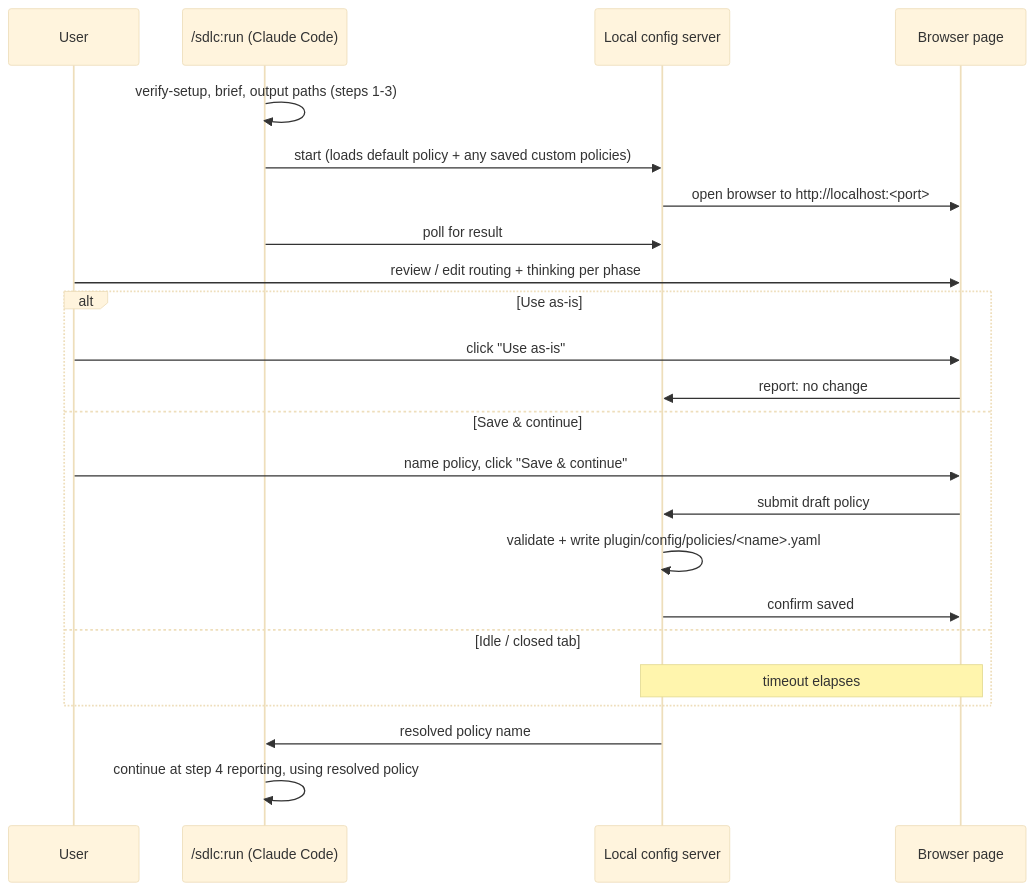
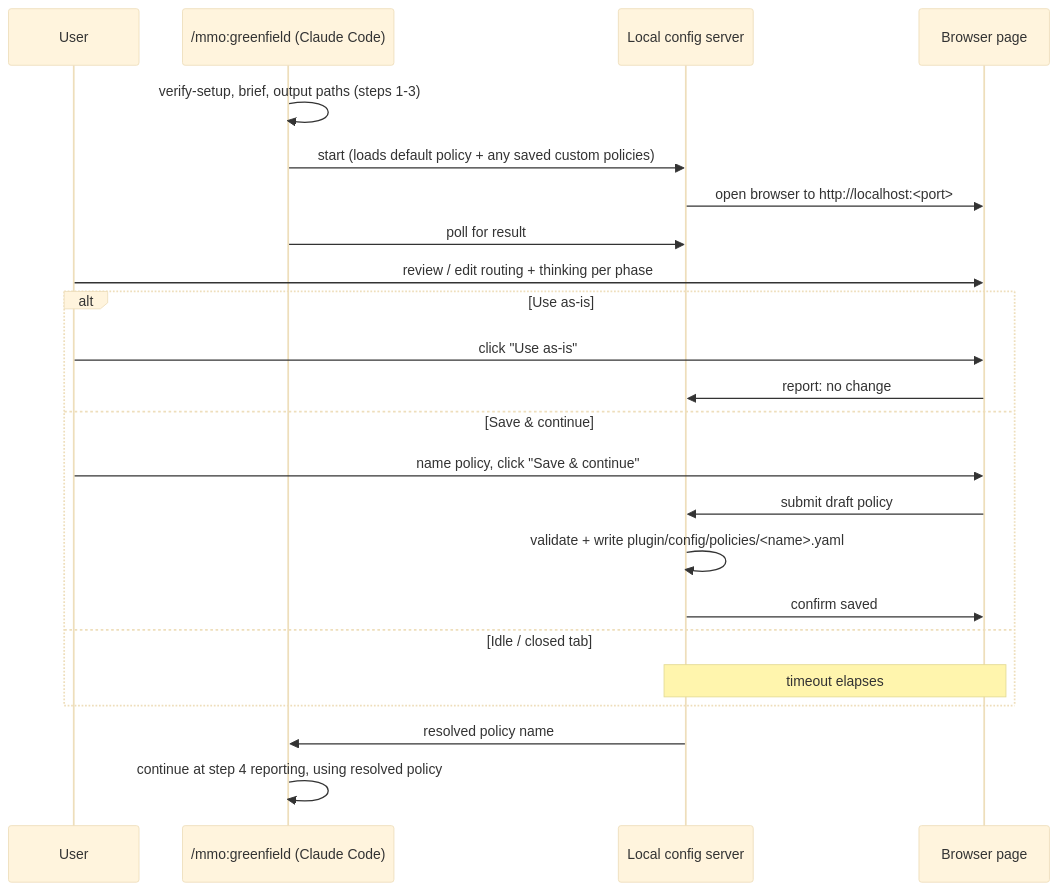
One commit to tl-ai-labs/ai-sdlc-orchestrator-claude-code-harness changed the diagram in docs/specs/custom-policy-and-thinking-config.md. Above: the diagram before and after it, drawn with Mermaid (base theme). The commit also changed other lines of this file and 107 other files, not shown here.

First line of the commit message:
rename!: sdlc → mmo across commands, MCP server, and env vars

````diff
--- a/docs/specs/custom-policy-and-thinking-config.md
+++ b/docs/specs/custom-policy-and-thinking-config.md
@@ -125,26 +125,26 @@
 ```mermaid
 sequenceDiagram
     participant U as User
-    participant CLI as /sdlc:run (Claude Code)
+    participant CLI as /mmo:greenfield (Claude Code)
     participant Srv as Local config server
     participant Pg as Browser page
 
     CLI->>CLI: verify-setup, brief, output paths (steps 1-3)
     CLI->>Srv: start (loads default policy + any saved custom policies)
     Srv->>Pg: open browser to http://localhost:<port>
     CLI->>Srv: poll for result
     U->>Pg: review / edit routing + thinking per phase
     alt Use as-is
         U->>Pg: click "Use as-is"
         Pg->>Srv: report: no change
     else Save & continue
         U->>Pg: name policy, click "Save & continue"
         Pg->>Srv: submit draft policy
         Srv->>Srv: validate + write plugin/config/policies/<name>.yaml
         Srv->>Pg: confirm saved
     else Idle / closed tab
         Note over Pg,Srv: timeout elapses
     end
     Srv->>CLI: resolved policy name
     CLI->>CLI: continue at step 4 reporting, using resolved policy
 ```
````
